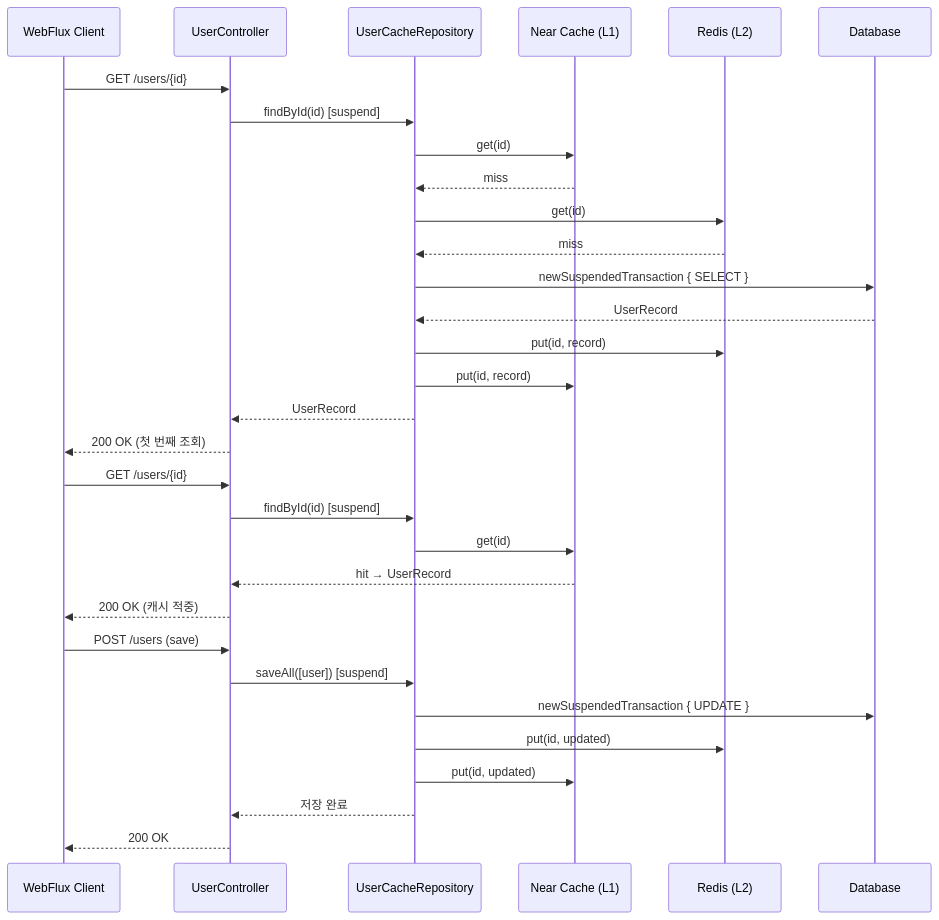
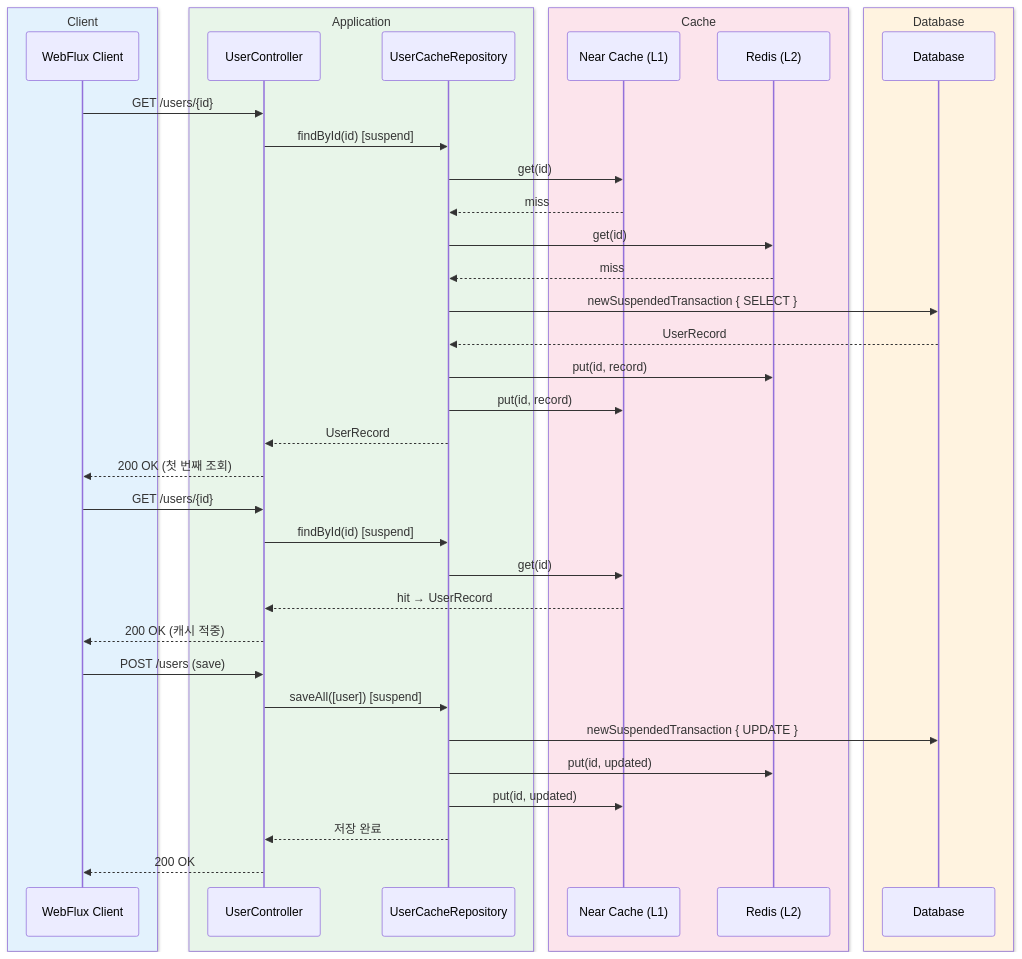
Before and after one commit to bluetape4k/exposed-workshop: the fourth of 4 diagrams in 11-high-performance/02-cache-strategies-coroutines/README.ko.md, drawn with Mermaid. The commit also changed other lines of this file and 43 other files, not shown here.

First line of the commit message:
docs: sequence diagram에 box rgb() 파스텔 영역 적용

````diff
--- a/11-high-performance/02-cache-strategies-coroutines/README.ko.md
+++ b/11-high-performance/02-cache-strategies-coroutines/README.ko.md
@@ -180,34 +188,42 @@
 ```mermaid
-%%{init: {"theme": "neutral", "themeVariables": {"fontFamily": "'Comic Mono', 'goorm sans code', 'JetBrains Mono', 'goorm sans'", "actorBkg": "#E3F2FD", "actorBorder": "#90CAF9", "actorTextColor": "#1565C0", "actorLineColor": "#90CAF9", "activationBkgColor": "#E8F5E9", "activationBorderColor": "#A5D6A7", "labelBoxBkgColor": "#FFF3E0", "labelBoxBorderColor": "#FFCC80", "labelTextColor": "#E65100", "loopTextColor": "#6A1B9A", "noteBkgColor": "#F3E5F5", "noteBorderColor": "#CE93D8", "noteTextColor": "#6A1B9A", "signalColor": "#1565C0", "signalTextColor": "#1565C0"}}}%%
+%%{init: {"theme": "neutral", "themeVariables": {"fontFamily": "'Comic Mono', 'goorm sans code', 'JetBrains Mono', 'goorm sans'"}}}%%
 sequenceDiagram
-    participant C as WebFlux Client
-    participant Ctrl as UserController
-    participant R as UserCacheRepository
-    participant NC as Near Cache (L1)
-    participant RD as Redis (L2)
-    participant DB as Database
+    box rgb(227, 242, 253) Client
+        participant C as WebFlux Client
+    end
+    box rgb(232, 245, 233) Application
+        participant Ctrl as UserController
+        participant R as UserCacheRepository
+    end
+    box rgb(252, 228, 236) Cache
+        participant NC as Near Cache (L1)
+        participant RD as Redis (L2)
+    end
+    box rgb(255, 243, 224) Database
+        participant DB as Database
+    end
     C ->> Ctrl: GET /users/{id}
     Ctrl ->> R: findById(id) [suspend]
     R ->> NC: get(id)
     NC -->> R: miss
     R ->> RD: get(id)
     RD -->> R: miss
     R ->> DB: newSuspendedTransaction { SELECT }
     DB -->> R: UserRecord
     R ->> RD: put(id, record)
     R ->> NC: put(id, record)
     R -->> Ctrl: UserRecord
     Ctrl -->> C: 200 OK (첫 번째 조회)
     C ->> Ctrl: GET /users/{id}
     Ctrl ->> R: findById(id) [suspend]
     R ->> NC: get(id)
     NC -->> Ctrl: hit → UserRecord
     Ctrl -->> C: 200 OK (캐시 적중)
     C ->> Ctrl: POST /users (save)
     Ctrl ->> R: saveAll([user]) [suspend]
     R ->> DB: newSuspendedTransaction { UPDATE }
     R ->> RD: put(id, updated)
     R ->> NC: put(id, updated)
     R -->> Ctrl: 저장 완료
     Ctrl -->> C: 200 OK
 ```
````
